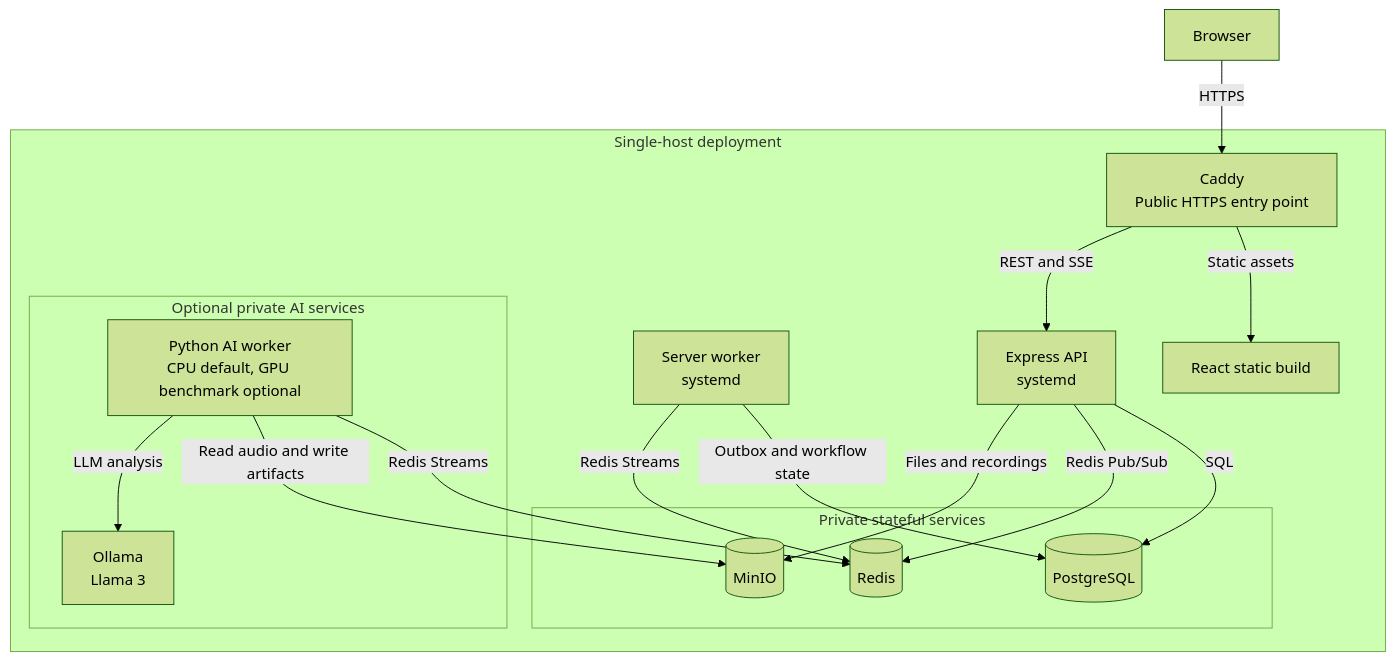
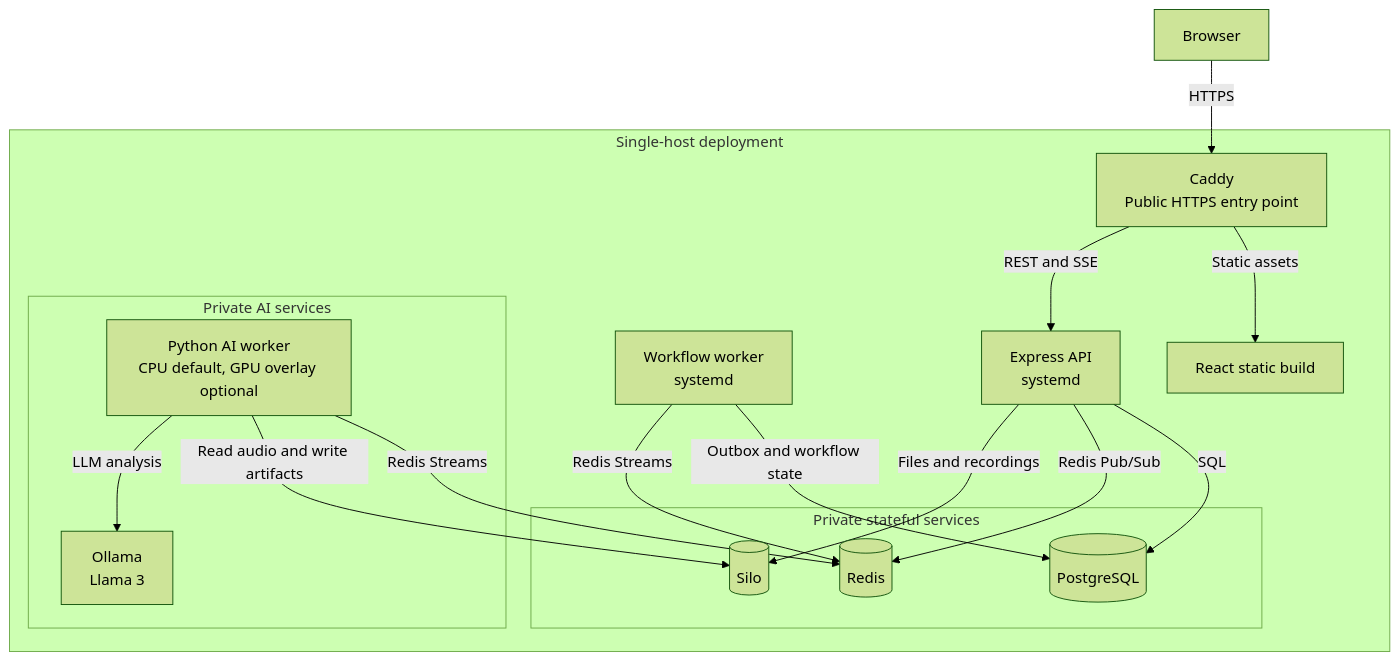
Before and after one commit to DOSTSquad/meeting-mgnt: the diagram in docs/deployment-guidelines.md, drawn with Mermaid (forest theme). The commit also changed other lines of this file and 5 other files, not shown here.

````diff
--- a/docs/deployment-guidelines.md
+++ b/docs/deployment-guidelines.md
@@ -18,34 +19,34 @@
 ```mermaid
 flowchart TB
   Browser[Browser]
 
   subgraph Host[Single-host deployment]
     Caddy["Caddy<br/>Public HTTPS entry point"]
     Client[React static build]
     API["Express API<br/>systemd"]
-    Worker["Server worker<br/>systemd"]
+    Worker["Workflow worker<br/>systemd"]
 
     subgraph State[Private stateful services]
       Postgres[(PostgreSQL)]
       Redis[(Redis)]
-      MinIO[(MinIO)]
+      MinIO[(Silo)]
     end
 
-    subgraph AI[Optional private AI services]
-      AIWorker["Python AI worker<br/>CPU default, GPU benchmark optional"]
+    subgraph AI[Private AI services]
+      AIWorker["Python AI worker<br/>CPU default, GPU overlay optional"]
       Ollama["Ollama<br/>Llama 3"]
     end
   end
 
   Browser -->|HTTPS| Caddy
   Caddy -->|Static assets| Client
   Caddy -->|REST and SSE| API
   API -->|SQL| Postgres
   API -->|Redis Pub/Sub| Redis
   API -->|Files and recordings| MinIO
   Worker -->|Outbox and workflow state| Postgres
   Worker -->|Redis Streams| Redis
   AIWorker -->|Redis Streams| Redis
   AIWorker -->|Read audio and write artifacts| MinIO
   AIWorker -->|LLM analysis| Ollama
 ```
````
